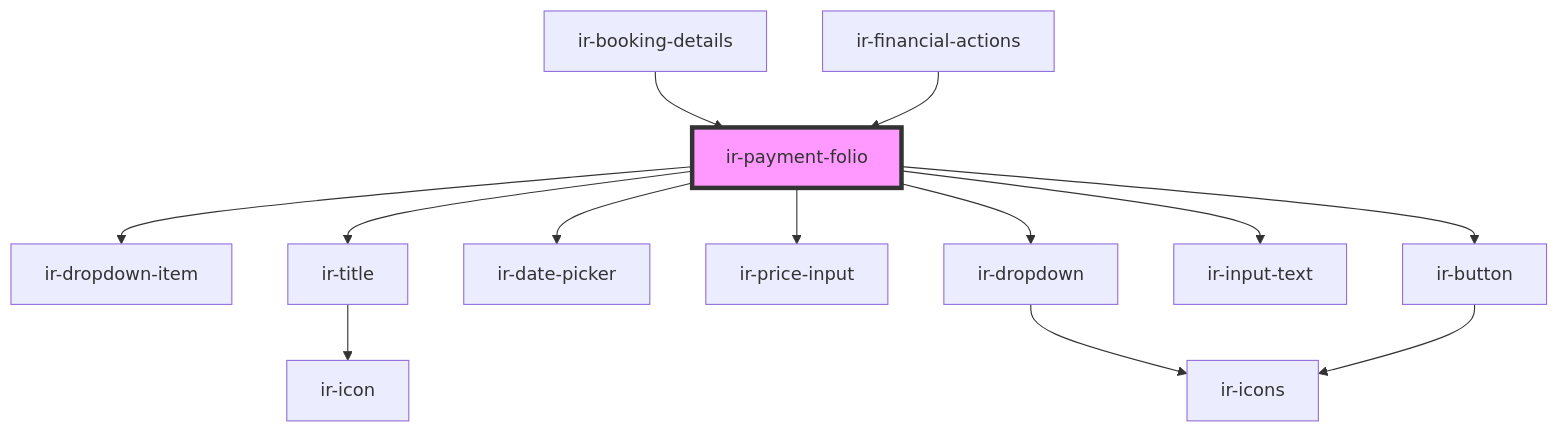
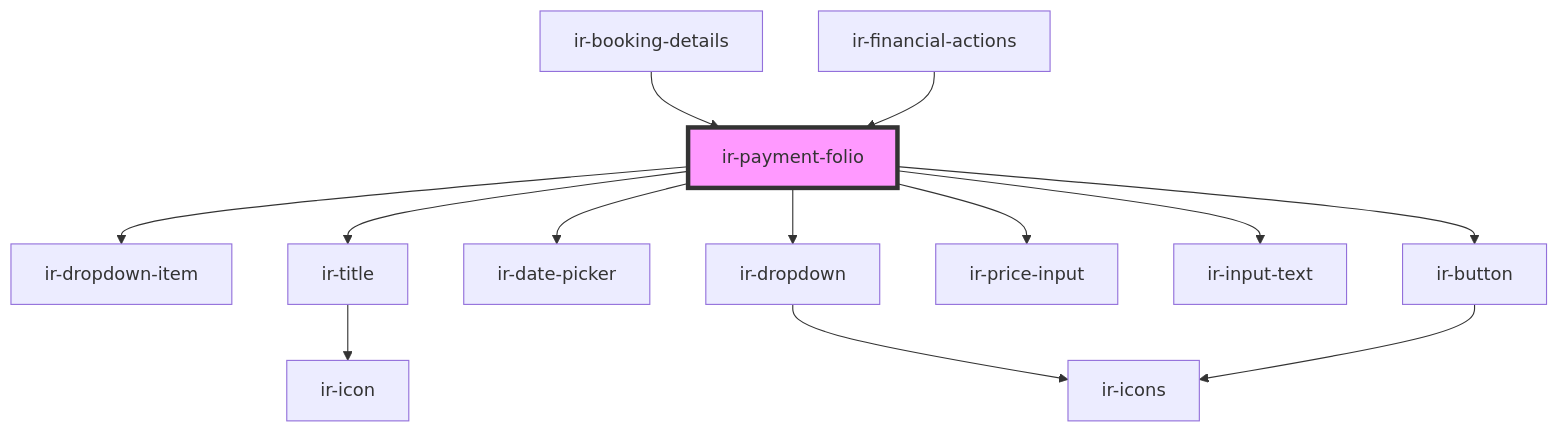
One commit to RonyRizk/ir-webcmp changed the diagram in src/components/ir-booking-details/ir-payment-details/ir-payment-folio/readme.md. Above: the diagram before and after it, drawn with Mermaid. The commit also changed other lines of this file and 11 other files, not shown here.

````diff
--- a/src/components/ir-booking-details/ir-payment-details/ir-payment-folio/readme.md
+++ b/src/components/ir-booking-details/ir-payment-details/ir-payment-folio/readme.md
@@ -45,16 +45,16 @@
 ```mermaid
 graph TD;
   ir-payment-folio --> ir-dropdown-item
   ir-payment-folio --> ir-title
   ir-payment-folio --> ir-date-picker
+  ir-payment-folio --> ir-dropdown
   ir-payment-folio --> ir-price-input
-  ir-payment-folio --> ir-dropdown
   ir-payment-folio --> ir-input-text
   ir-payment-folio --> ir-button
   ir-title --> ir-icon
   ir-dropdown --> ir-icons
   ir-button --> ir-icons
   ir-booking-details --> ir-payment-folio
   ir-financial-actions --> ir-payment-folio
   style ir-payment-folio fill:#f9f,stroke:#333,stroke-width:4px
 ```
````
